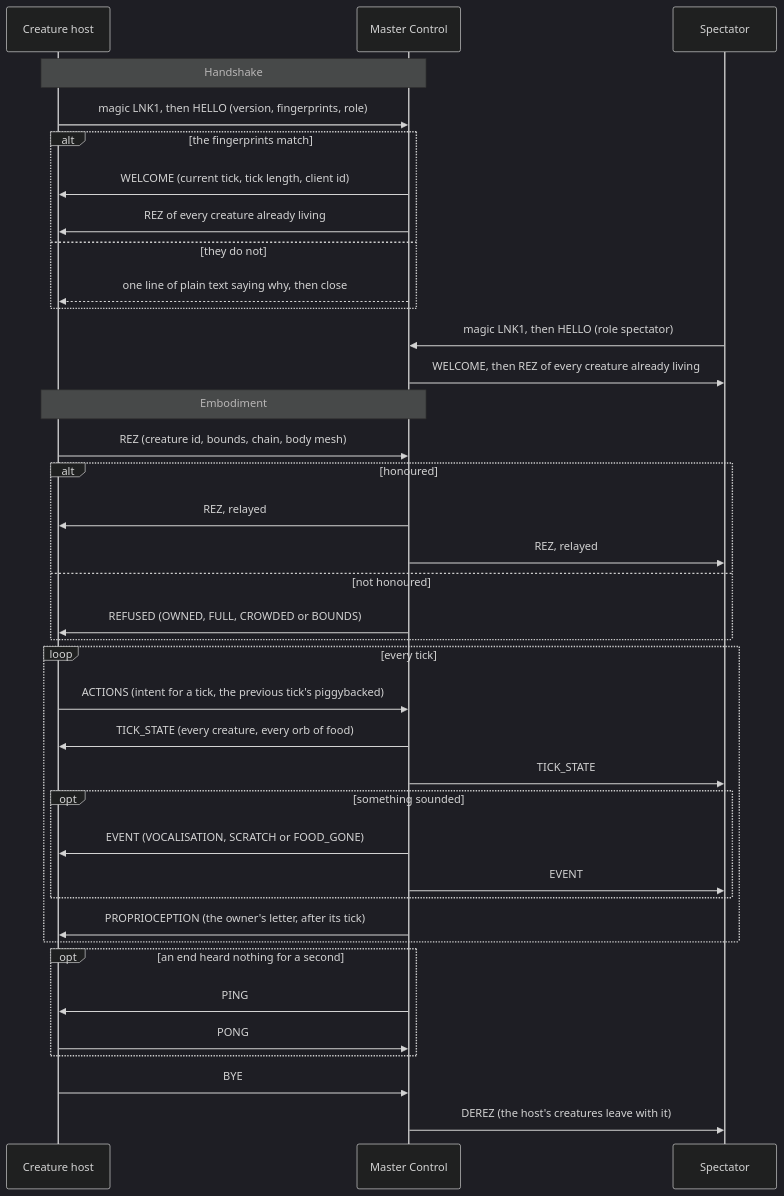
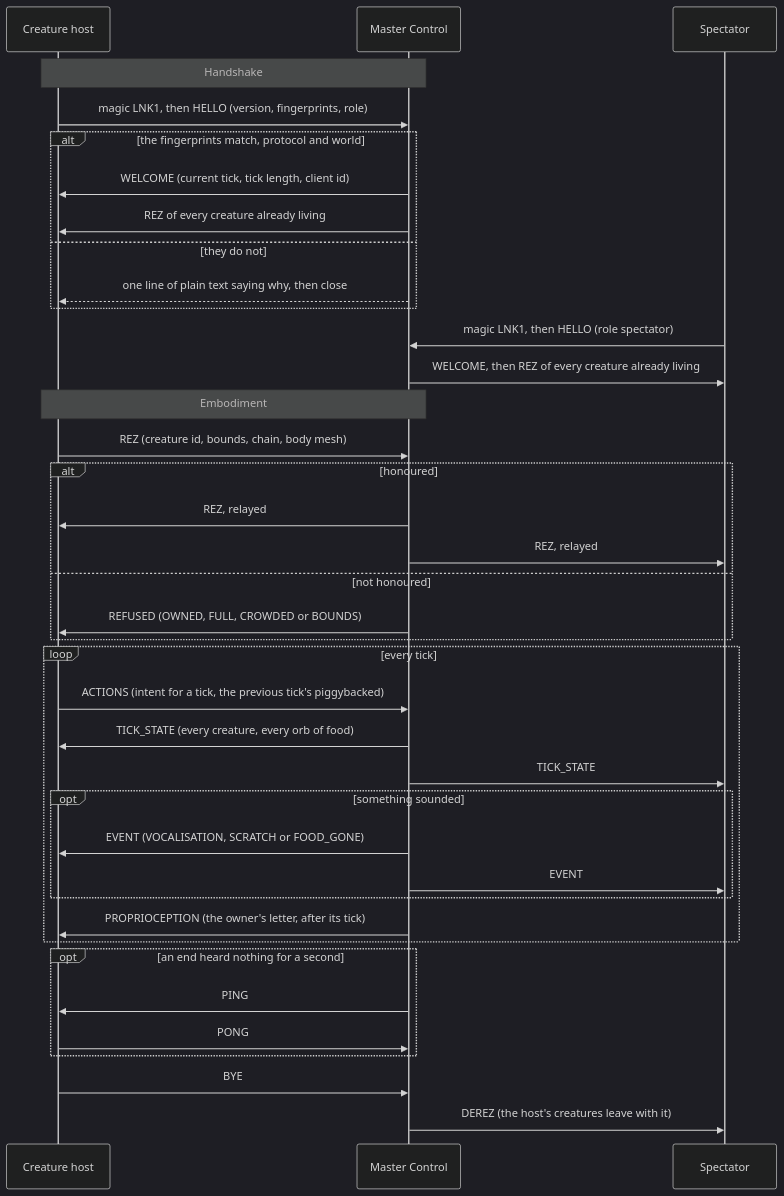
The second of 3 diagrams in docs/PROTOCOL.md (ai-quokka-wannabe/link), drawn with Mermaid (dark theme) before and after one commit. The commit also changed other lines of this file and 14 other files, not shown here.

````diff
--- a/docs/PROTOCOL.md
+++ b/docs/PROTOCOL.md
@@ -70,45 +70,45 @@
 ```mermaid
 sequenceDiagram
     participant H as Creature host
     participant MC as Master Control
     participant S as Spectator
 
     Note over H,MC: Handshake
     H->>MC: magic LNK1, then HELLO (version, fingerprints, role)
-    alt the fingerprints match
+    alt the fingerprints match, protocol and world
         MC->>H: WELCOME (current tick, tick length, client id)
         MC->>H: REZ of every creature already living
     else they do not
         MC-->>H: one line of plain text saying why, then close
     end
     S->>MC: magic LNK1, then HELLO (role spectator)
     MC->>S: WELCOME, then REZ of every creature already living
 
     Note over H,MC: Embodiment
     H->>MC: REZ (creature id, bounds, chain, body mesh)
     alt honoured
         MC->>H: REZ, relayed
         MC->>S: REZ, relayed
     else not honoured
         MC->>H: REFUSED (OWNED, FULL, CROWDED or BOUNDS)
     end
 
     loop every tick
         H->>MC: ACTIONS (intent for a tick, the previous tick's piggybacked)
         MC->>H: TICK_STATE (every creature, every orb of food)
         MC->>S: TICK_STATE
         opt something sounded
             MC->>H: EVENT (VOCALISATION, SCRATCH or FOOD_GONE)
             MC->>S: EVENT
         end
         MC->>H: PROPRIOCEPTION (the owner's letter, after its tick)
     end
 
     opt an end heard nothing for a second
         MC->>H: PING
         H->>MC: PONG
     end
 
     H->>MC: BYE
     MC->>S: DEREZ (the host's creatures leave with it)
 ```
````
